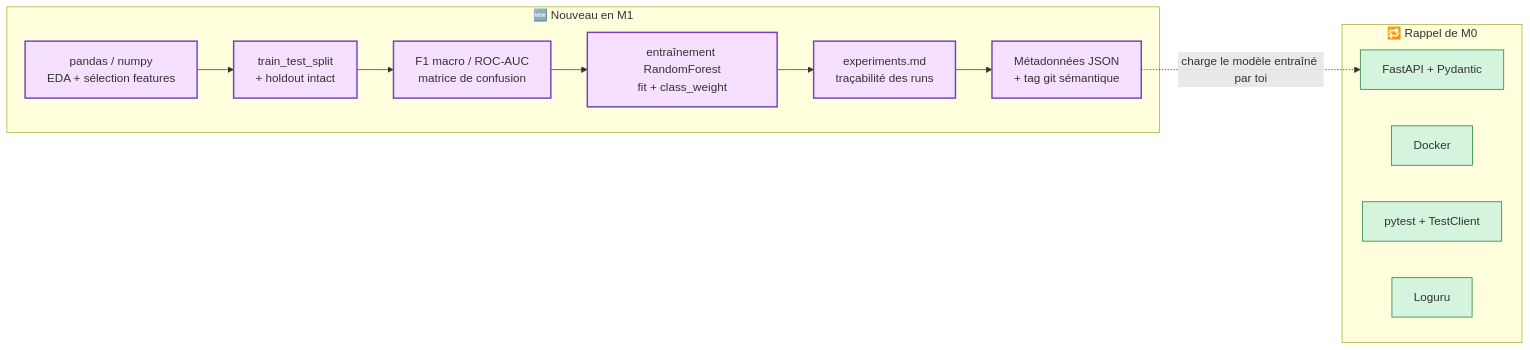
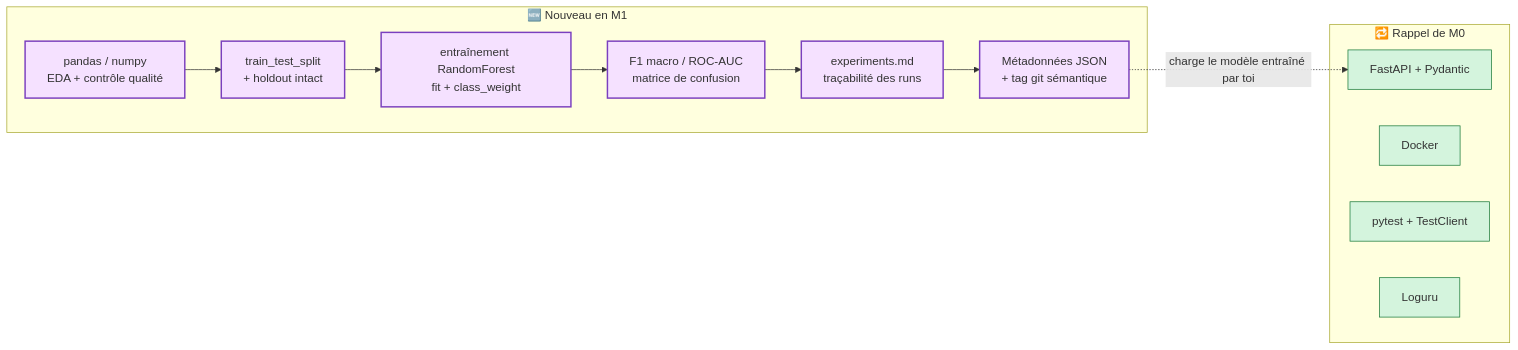
One commit to Formation-SIMPLON-IA/ia-atos-ressources changed the third of 3 diagrams in recap_M0_vers_M1.md. Above: the diagram before and after it, drawn with Mermaid. The commit also changed other lines of this file and 2 other files, not shown here.

````diff
--- a/recap_M0_vers_M1.md
+++ b/recap_M0_vers_M1.md
@@ -103,26 +104,26 @@
 ```mermaid
 flowchart LR
     subgraph NEW["🆕 Nouveau en M1"]
-        N1[pandas / numpy<br/>EDA + sélection features]
+        N1[pandas / numpy<br/>EDA + contrôle qualité]
         N2[train_test_split<br/>+ holdout intact]
+        N4[entraînement RandomForest<br/>fit + class_weight]
         N3[F1 macro / ROC-AUC<br/>matrice de confusion]
-        N4[entraînement RandomForest<br/>fit + class_weight]
         N5[experiments.md<br/>traçabilité des runs]
         N6[Métadonnées JSON<br/>+ tag git sémantique]
     end
 
     subgraph RAPPEL["🔁 Rappel de M0"]
         R1[FastAPI + Pydantic]
         R2[Docker]
         R3[pytest + TestClient]
         R4[Loguru]
     end
 
-    N1 --> N2 --> N3 --> N4 --> N5 --> N6
+    N1 --> N2 --> N4 --> N3 --> N5 --> N6
     N6 -.->|charge le modèle entraîné par toi| R1
 
     classDef new fill:#f5e1ff,stroke:#7a3fbf,stroke-width:2px
     classDef known fill:#d4f4dd,stroke:#1a7a3a
     class N1,N2,N3,N4,N5,N6 new
     class R1,R2,R3,R4 known
 ```
````
